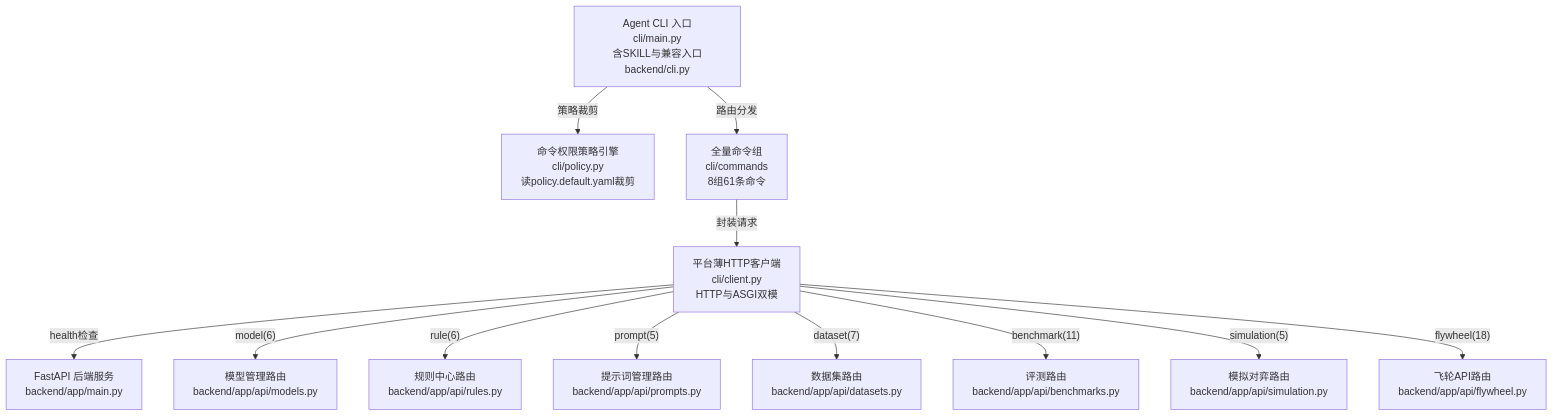
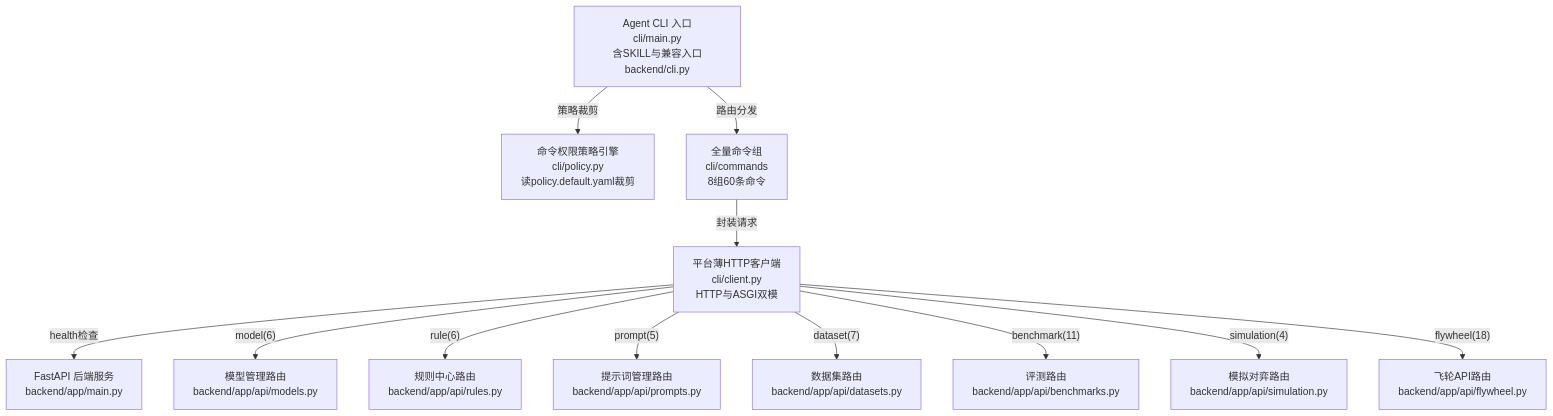
One commit to sharmt1411/eval-platform changed the diagram in docs/map/L2-cli.mmd. Above: the diagram before and after it, drawn with Mermaid. The commit also changed 34 other files, not shown here.

```diff
--- a/docs/map/L2-cli.mmd
+++ b/docs/map/L2-cli.mmd
@@ -1,33 +1,33 @@
 %% title: Agent CLI 与权限治理内部图 (L2)
 %% link: api_models -> L2-model_hub.mmd
 %% link: api_rules -> L2-rule_center.mmd
 %% link: api_prompts -> L2-prompt_center.mmd
 %% link: api_datasets -> L2-dataset_center.mmd
 %% link: api_benchmarks -> L2-benchmark.mmd
 %% link: api_sim -> L2-simulation.mmd
 %% link: api_flywheel -> L2-flywheel.mmd
 flowchart TB
   cli["Agent CLI 入口\ncli/main.py\n含SKILL与兼容入口backend/cli.py"]
   cli_policy["命令权限策略引擎\ncli/policy.py\n读policy.default.yaml裁剪"]
-  cli_commands["全量命令组\ncli/commands\n8组61条命令"]
+  cli_commands["全量命令组\ncli/commands\n8组60条命令"]
   cli_client["平台薄HTTP客户端\ncli/client.py\nHTTP与ASGI双模"]
   fastapi_app["FastAPI 后端服务\nbackend/app/main.py"]
   api_models["模型管理路由\nbackend/app/api/models.py"]
   api_rules["规则中心路由\nbackend/app/api/rules.py"]
   api_prompts["提示词管理路由\nbackend/app/api/prompts.py"]
   api_datasets["数据集路由\nbackend/app/api/datasets.py"]
   api_benchmarks["评测路由\nbackend/app/api/benchmarks.py"]
   api_sim["模拟对弈路由\nbackend/app/api/simulation.py"]
   api_flywheel["飞轮API路由\nbackend/app/api/flywheel.py"]
 
   cli -->|"策略裁剪"| cli_policy
   cli -->|"路由分发"| cli_commands
   cli_commands -->|"封装请求"| cli_client
   cli_client -->|"health检查"| fastapi_app
   cli_client -->|"model(6)"| api_models
   cli_client -->|"rule(6)"| api_rules
   cli_client -->|"prompt(5)"| api_prompts
   cli_client -->|"dataset(7)"| api_datasets
   cli_client -->|"benchmark(11)"| api_benchmarks
-  cli_client -->|"simulation(5)"| api_sim
+  cli_client -->|"simulation(4)"| api_sim
   cli_client -->|"flywheel(18)"| api_flywheel
```
